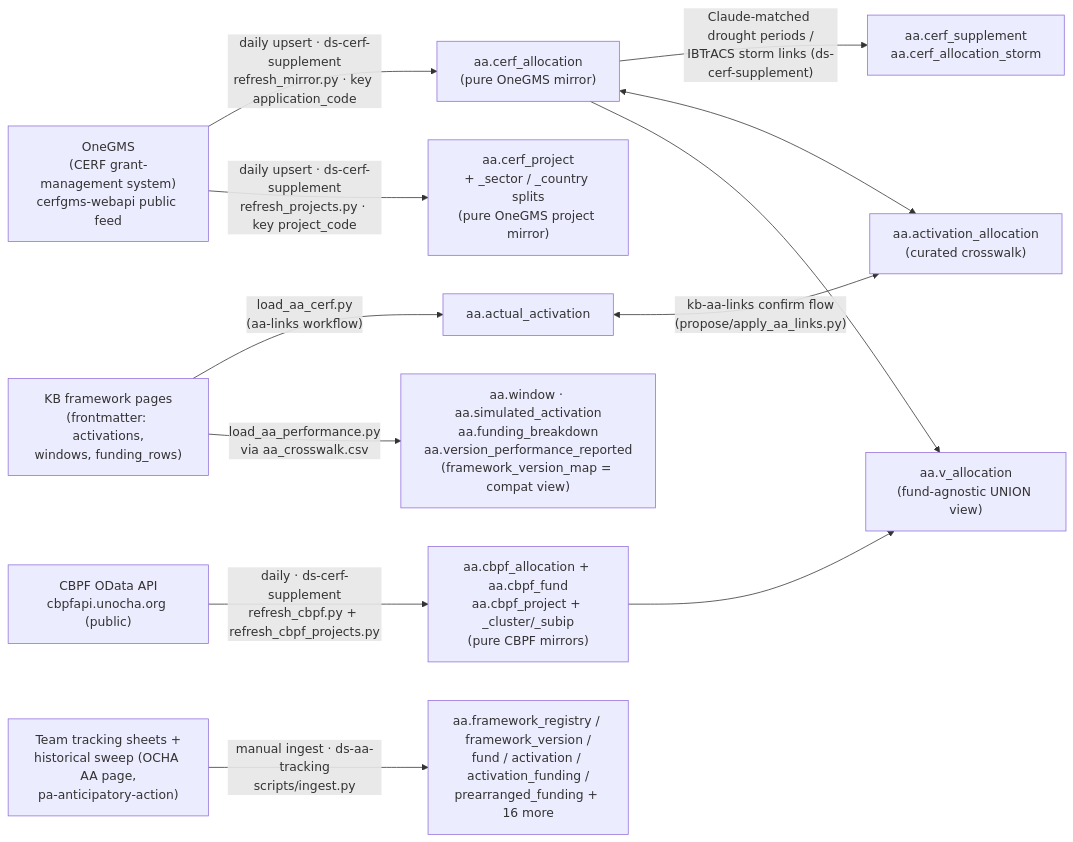
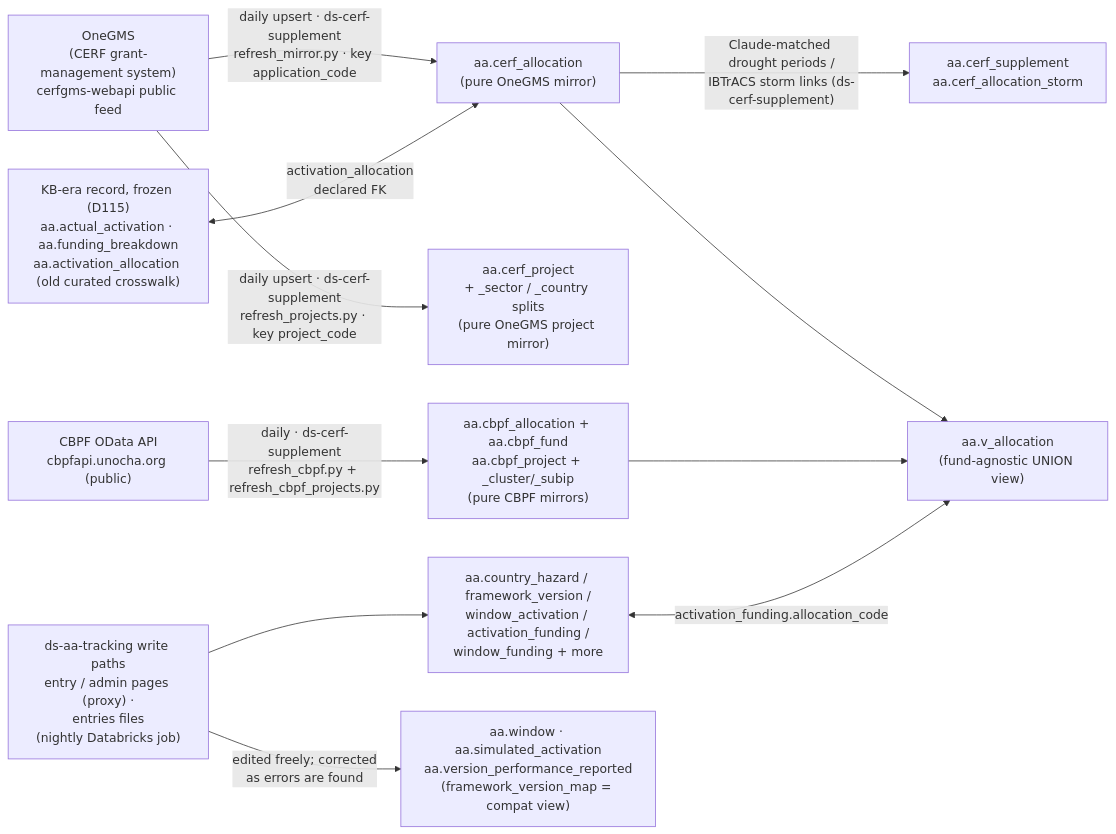
One commit to OCHA-DAP/ds-knowledge-base changed the first of 3 diagrams in infrastructure/db-erd.md. Above: the diagram before and after it, drawn with Mermaid. The commit also changed other lines of this file and 24 other files, not shown here.

First line of the commit message:
D115 (ownership half): the AA tables are ds-aa-tracking's; the KB loaders and workflows go

````diff
--- a/infrastructure/db-erd.md
+++ b/infrastructure/db-erd.md
@@ -44,18 +44,17 @@
 ```mermaid
 flowchart LR
     onegms["OneGMS<br/>(CERF grant-management system)<br/>cerfgms-webapi public feed"]
-    kb["KB framework pages<br/>(frontmatter: activations,<br/>windows, funding_rows)"]
     onegms -->|"daily upsert · ds-cerf-supplement<br/>refresh_mirror.py · key application_code"| mirror["aa.cerf_allocation<br/>(pure OneGMS mirror)"]
     onegms -->|"daily upsert · ds-cerf-supplement<br/>refresh_projects.py · key project_code"| projmirror["aa.cerf_project<br/>+ _sector / _country splits<br/>(pure OneGMS project mirror)"]
     mirror -->|"Claude-matched drought periods /<br/>IBTrACS storm links (ds-cerf-supplement)"| supp["aa.cerf_supplement<br/>aa.cerf_allocation_storm"]
-    kb -->|"load_aa_cerf.py<br/>(aa-links workflow)"| act["aa.actual_activation"]
-    kb -->|"load_aa_performance.py<br/>via aa_crosswalk.csv"| perf["aa.window · aa.simulated_activation<br/>aa.funding_breakdown<br/>aa.version_performance_reported<br/>(framework_version_map = compat view)"]
-    act <-->|"kb-aa-links confirm flow<br/>(propose/apply_aa_links.py)"| xwalk["aa.activation_allocation<br/>(curated crosswalk)"]
-    mirror <--> xwalk
     cbpfapi["CBPF OData API<br/>cbpfapi.unocha.org (public)"]
     cbpfapi -->|"daily · ds-cerf-supplement<br/>refresh_cbpf.py + refresh_cbpf_projects.py"| cbpf["aa.cbpf_allocation + aa.cbpf_fund<br/>aa.cbpf_project + _cluster/_subip<br/>(pure CBPF mirrors)"]
     mirror --> valloc["aa.v_allocation<br/>(fund-agnostic UNION view)"]
     cbpf --> valloc
-    sheets["Team tracking sheets +<br/>historical sweep (OCHA AA page,<br/>pa-anticipatory-action)"]
-    sheets -->|"manual ingest · ds-aa-tracking<br/>scripts/ingest.py"| trk["aa.framework_registry / framework_version /<br/>fund / activation / activation_funding /<br/>prearranged_funding + 16 more"]
+    entry["ds-aa-tracking write paths<br/>entry / admin pages (proxy) ·<br/>entries files<br/>(nightly Databricks job)"]
+    entry --> trk["aa.country_hazard / framework_version /<br/>window_activation / activation_funding /<br/>window_funding + more"]
+    entry -->|"edited freely; corrected<br/>as errors are found"| perf["aa.window · aa.simulated_activation<br/>aa.version_performance_reported<br/>(framework_version_map = compat view)"]
+    trk <-->|"activation_funding.allocation_code"| valloc
+    frozen["KB-era record, frozen (D115)<br/>aa.actual_activation · aa.funding_breakdown<br/>aa.activation_allocation (old curated crosswalk)"]
+    frozen <-->|"activation_allocation<br/>declared FK"| mirror
 ```
````
